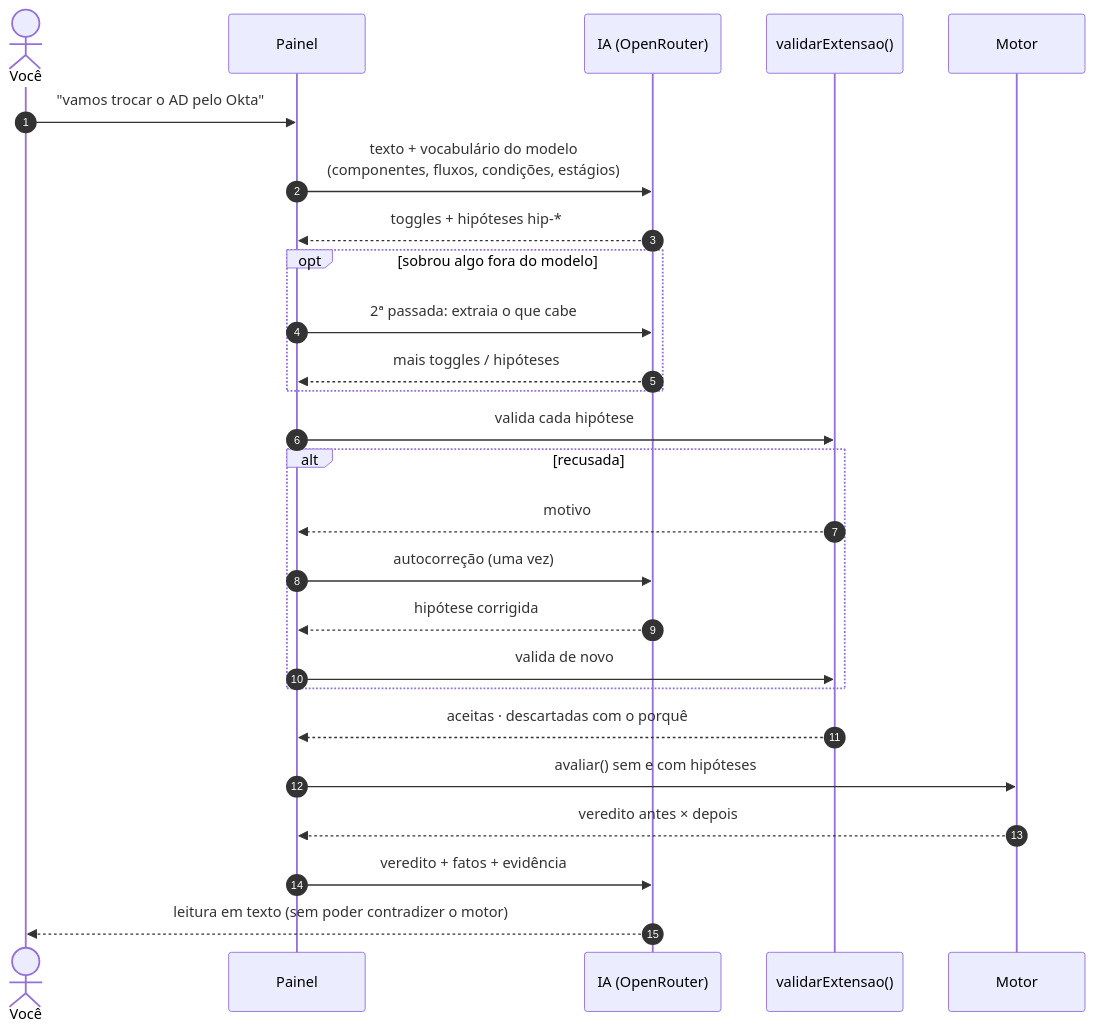
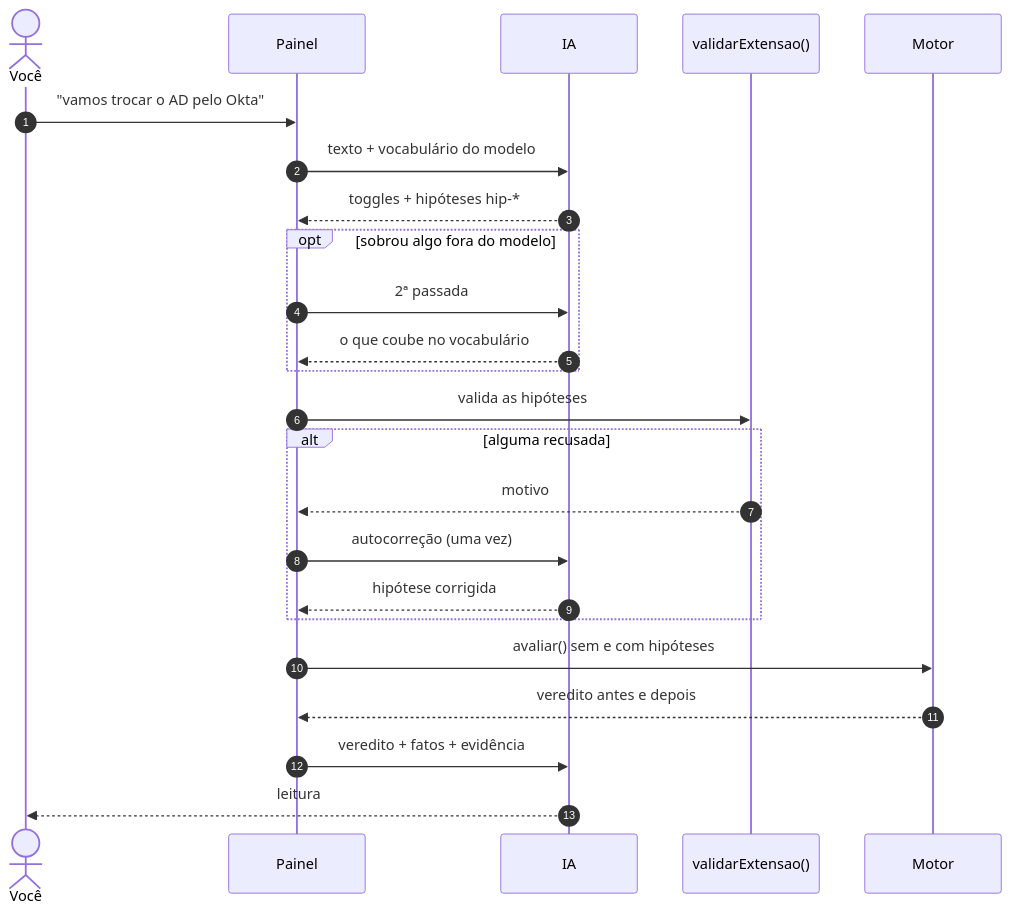
Before and after one commit to tr0drigues/gemeodigital: the ninth of 12 diagrams in README.md, drawn with Mermaid. The commit also changed other lines of this file and 2 other files, not shown here.

First line of the commit message:
README: reescreve o texto em tom direto

````diff
--- a/README.md
+++ b/README.md
@@ -598,29 +513,27 @@
 ```mermaid
 sequenceDiagram
     autonumber
     actor U as Você
     participant P as Painel
-    participant IA as IA (OpenRouter)
+    participant IA as IA
     participant V as validarExtensao()
     participant M as Motor
 
     U->>P: "vamos trocar o AD pelo Okta"
-    P->>IA: texto + vocabulário do modelo<br/>(componentes, fluxos, condições, estágios)
+    P->>IA: texto + vocabulário do modelo
     IA-->>P: toggles + hipóteses hip-*
     opt sobrou algo fora do modelo
-        P->>IA: 2ª passada: extraia o que cabe
-        IA-->>P: mais toggles / hipóteses
+        P->>IA: 2ª passada
+        IA-->>P: o que coube no vocabulário
     end
-    P->>V: valida cada hipótese
-    alt recusada
+    P->>V: valida as hipóteses
+    alt alguma recusada
         V-->>P: motivo
         P->>IA: autocorreção (uma vez)
         IA-->>P: hipótese corrigida
-        P->>V: valida de novo
     end
-    V-->>P: aceitas · descartadas com o porquê
     P->>M: avaliar() sem e com hipóteses
-    M-->>P: veredito antes × depois
+    M-->>P: veredito antes e depois
     P->>IA: veredito + fatos + evidência
-    IA-->>U: leitura em texto (sem poder contradizer o motor)
+    IA-->>U: leitura
 ```
````
